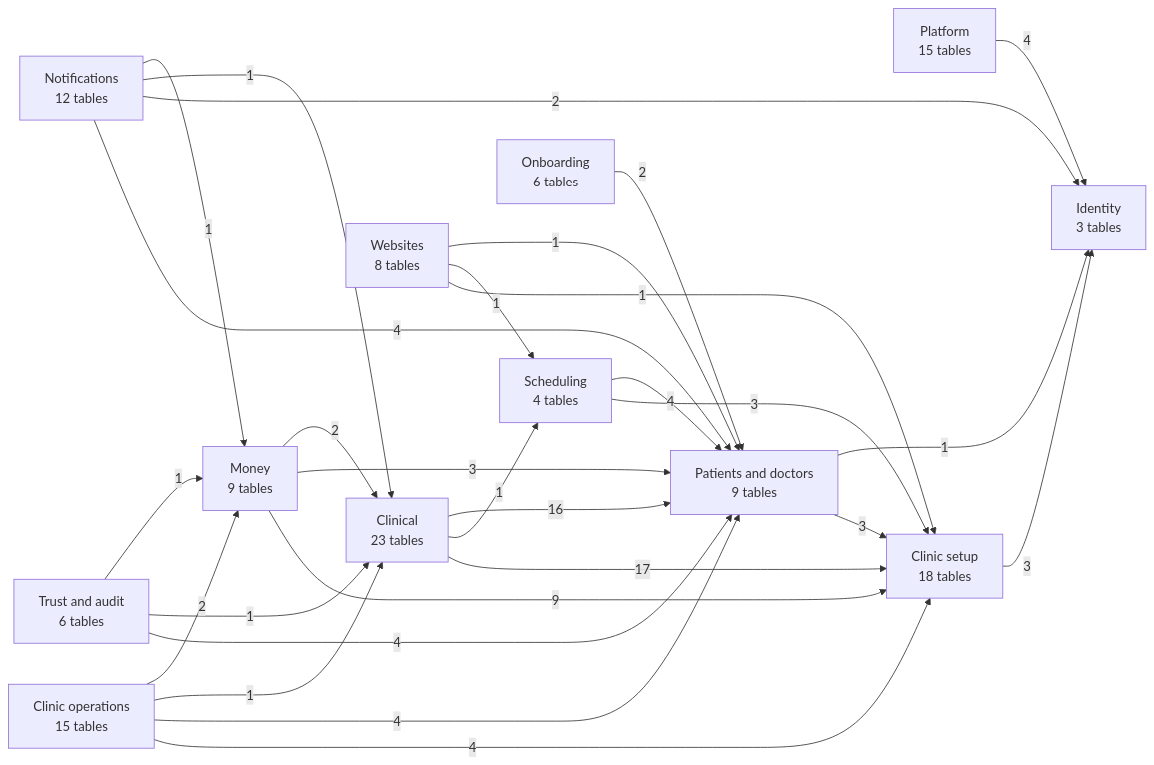
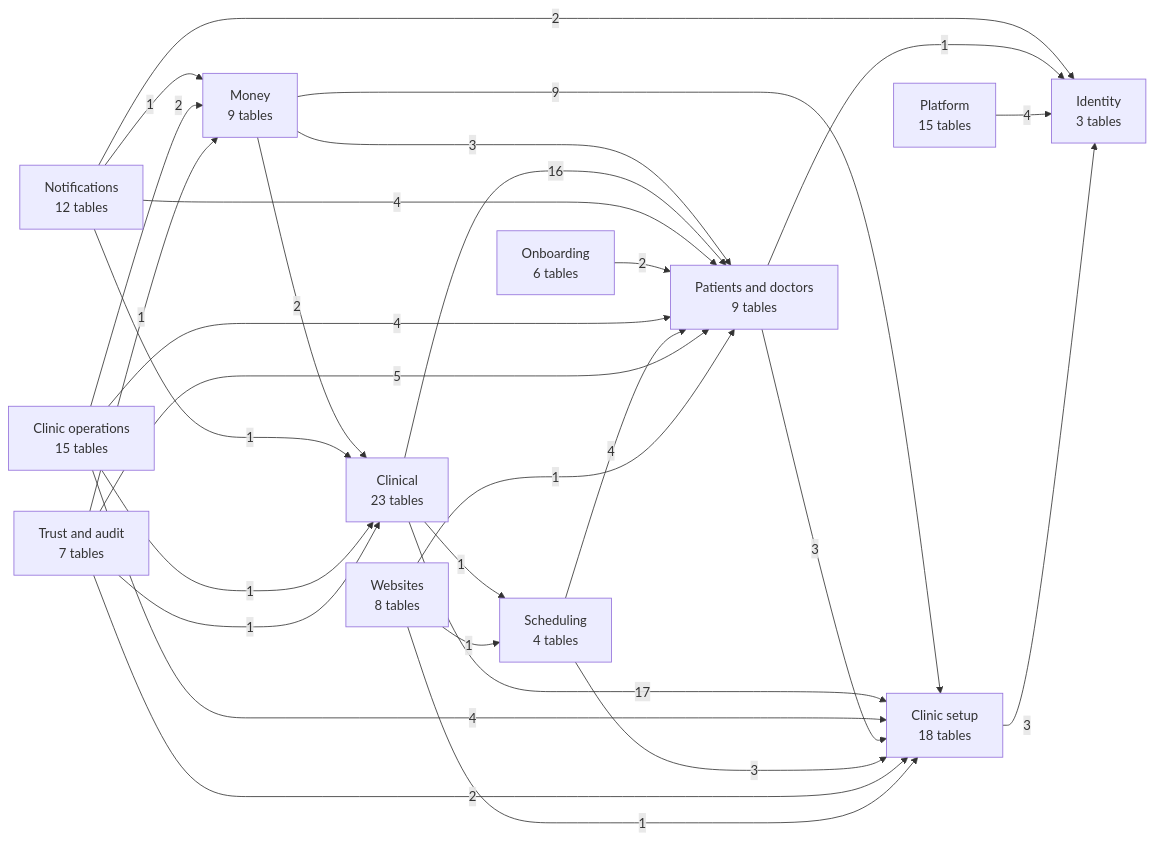
Before and after one commit to sakalyatechnologies/aarogyam: the first of 13 diagrams in docs/database.md, drawn with Mermaid. The commit also changed other lines of this file and 34 other files, not shown here.

````diff
--- a/docs/database.md
+++ b/docs/database.md
@@ -27,42 +27,43 @@
 ```mermaid
 flowchart LR
   platform["Platform<br/>15 tables"]
   iam["Identity<br/>3 tables"]
   tenancy["Clinic setup<br/>18 tables"]
   people["Patients and doctors<br/>9 tables"]
   scheduling["Scheduling<br/>4 tables"]
   clinical["Clinical<br/>23 tables"]
   ops["Clinic operations<br/>15 tables"]
   billing["Money<br/>9 tables"]
   notify["Notifications<br/>12 tables"]
   web["Websites<br/>8 tables"]
-  trust["Trust and audit<br/>6 tables"]
+  trust["Trust and audit<br/>7 tables"]
   onboarding["Onboarding<br/>6 tables"]
   billing -->|2| clinical
   billing -->|3| people
   billing -->|9| tenancy
   clinical -->|16| people
   clinical -->|1| scheduling
   clinical -->|17| tenancy
   notify -->|1| billing
   notify -->|1| clinical
   notify -->|2| iam
   notify -->|4| people
   onboarding -->|2| people
   ops -->|2| billing
   ops -->|1| clinical
   ops -->|4| people
   ops -->|4| tenancy
   people -->|1| iam
   people -->|3| tenancy
   platform -->|4| iam
   scheduling -->|4| people
   scheduling -->|3| tenancy
   tenancy -->|3| iam
   trust -->|1| billing
   trust -->|1| clinical
-  trust -->|4| people
+  trust -->|5| people
+  trust -->|2| tenancy
   web -->|1| people
   web -->|1| scheduling
   web -->|1| tenancy
 ```
````
